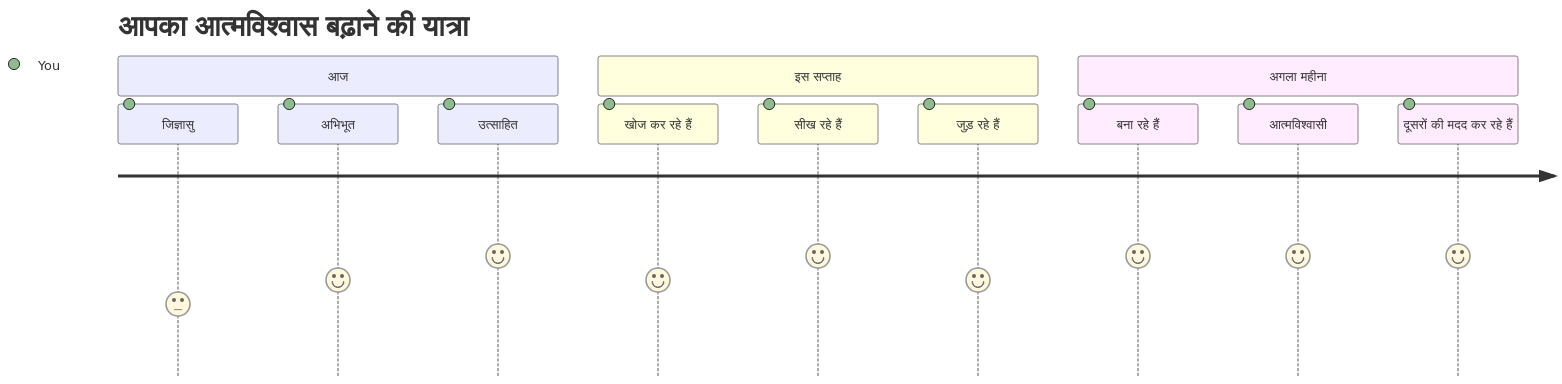
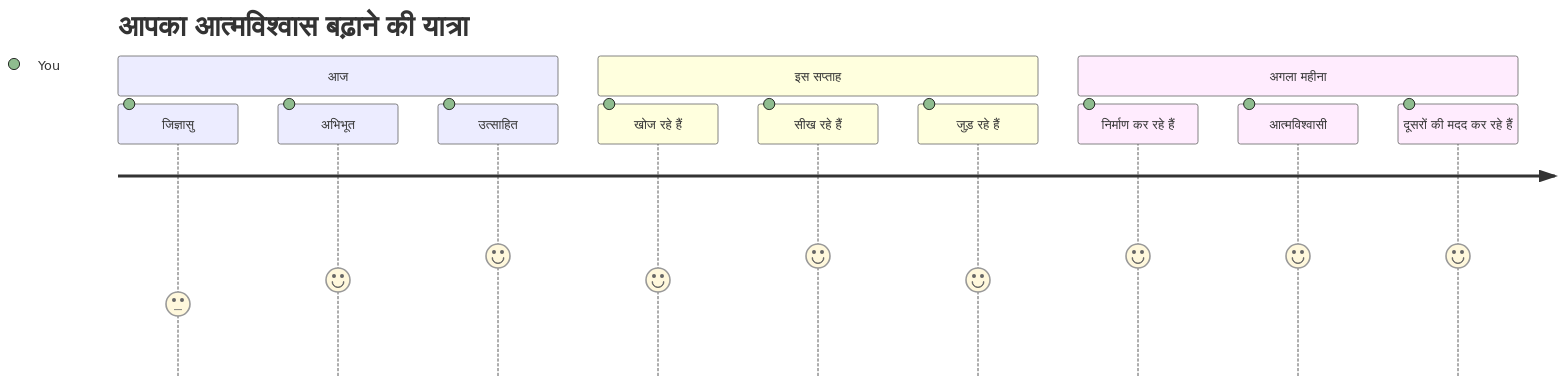
Before and after one commit to microsoft/Web-Dev-For-Beginners: the seventh of 7 diagrams in translations/hi/1-getting-started-lessons/1-intro-to-programming-languages/README.md, drawn with Mermaid. The commit also changed other lines of this file and 8 other files, not shown here.

````diff
--- a/translations/hi/1-getting-started-lessons/1-intro-to-programming-languages/README.md
+++ b/translations/hi/1-getting-started-lessons/1-intro-to-programming-languages/README.md
@@ -833,16 +826,16 @@
 ```mermaid
 journey
     title आपका आत्मविश्वास बढ़ाने की यात्रा
     section आज
       जिज्ञासु: 3: You
       अभिभूत: 4: You
       उत्साहित: 5: You
     section इस सप्ताह
-      खोज कर रहे हैं: 4: You
+      खोज रहे हैं: 4: You
       सीख रहे हैं: 5: You
       जुड़ रहे हैं: 4: You
     section अगला महीना
-      बना रहे हैं: 5: You
+      निर्माण कर रहे हैं: 5: You
       आत्मविश्वासी: 5: You
       दूसरों की मदद कर रहे हैं: 5: You
 ```
````
